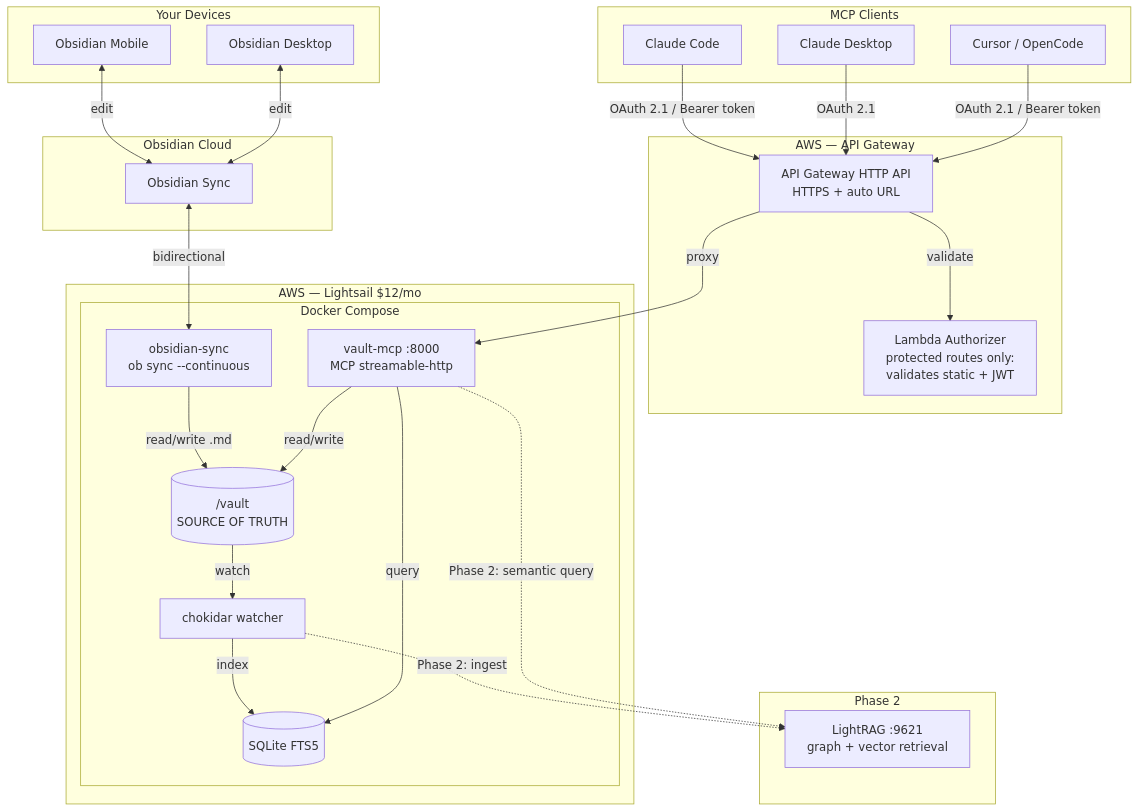
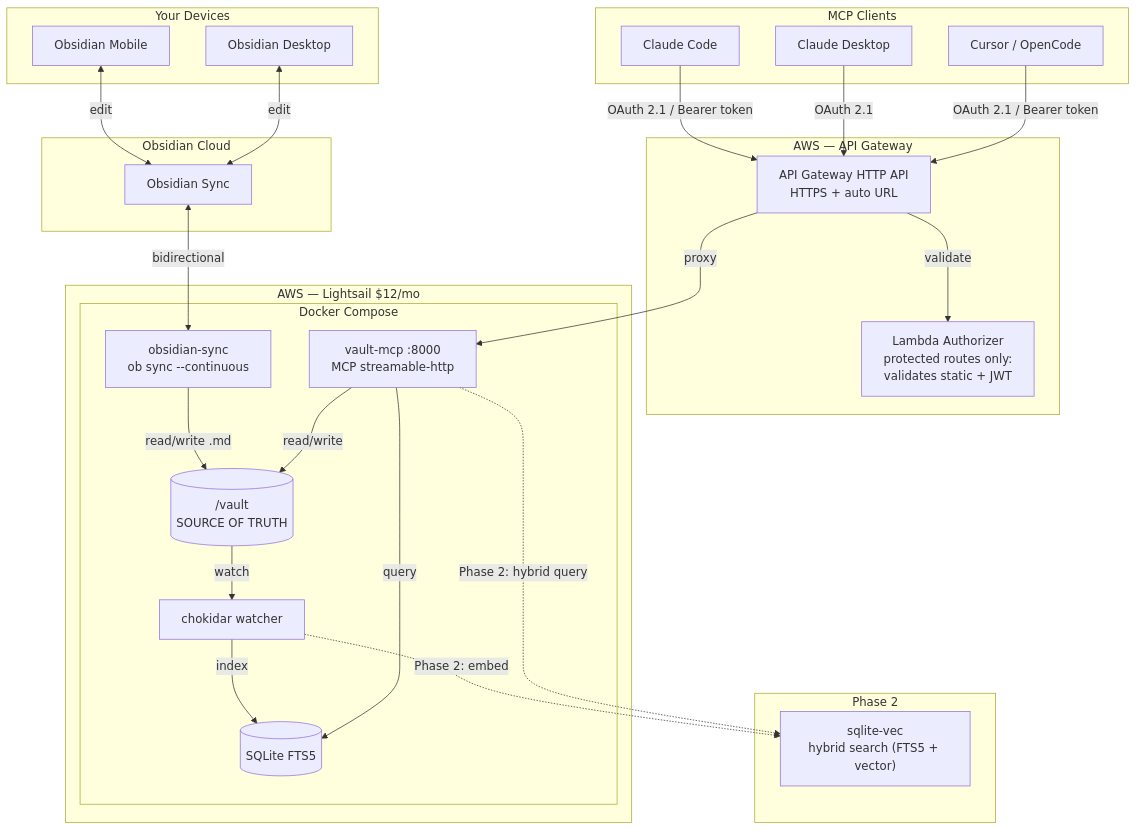
The first of 3 diagrams in ARCHITECTURE.md (aliasunder/vault-cortex), drawn with Mermaid before and after one commit. The commit also changed other lines of this file and 2 other files, not shown here.

````diff
--- a/ARCHITECTURE.md
+++ b/ARCHITECTURE.md
@@ -53,52 +54,52 @@
 ```mermaid
 graph TB
     subgraph devices ["Your Devices"]
         OBS_PHONE["Obsidian Mobile"]
         OBS_LAPTOP["Obsidian Desktop"]
     end
 
     subgraph cloud ["Obsidian Cloud"]
         SYNC["Obsidian Sync"]
     end
 
     subgraph apigw_grp ["AWS — API Gateway"]
         APIGW["API Gateway HTTP API<br/>HTTPS + auto URL"]
         AUTH_FN["Lambda Authorizer<br/>protected routes only:<br/>validates static + JWT"]
         APIGW -->|validate| AUTH_FN
     end
 
     subgraph lightsail ["AWS — Lightsail $12/mo"]
         subgraph compose ["Docker Compose"]
             OB_HEADLESS["obsidian-sync<br/>ob sync --continuous"]
             VAULT_FS[("/vault<br/>SOURCE OF TRUTH")]
             MCP_SERVER["vault-mcp :8000<br/>MCP streamable-http"]
             SQLITE[("SQLite FTS5")]
             WATCHER["chokidar watcher"]
         end
     end
 
     subgraph phase2 ["Phase 2"]
-        LIGHTRAG["LightRAG :9621<br/>graph + vector retrieval"]
+        HYBRID["sqlite-vec<br/>hybrid search (FTS5 + vector)"]
     end
 
     subgraph clients ["MCP Clients"]
         CC["Claude Code"]
         CD["Claude Desktop"]
         CU["Cursor / OpenCode"]
     end
 
     OBS_PHONE <-->|edit| SYNC
     OBS_LAPTOP <-->|edit| SYNC
     SYNC <-->|bidirectional| OB_HEADLESS
     OB_HEADLESS -->|read/write .md| VAULT_FS
     VAULT_FS -->|watch| WATCHER
     WATCHER -->|index| SQLITE
-    WATCHER -.->|Phase 2: ingest| LIGHTRAG
+    WATCHER -.->|Phase 2: embed| HYBRID
     MCP_SERVER -->|read/write| VAULT_FS
     MCP_SERVER -->|query| SQLITE
-    MCP_SERVER -.->|Phase 2: semantic query| LIGHTRAG
+    MCP_SERVER -.->|Phase 2: hybrid query| HYBRID
     CC -->|OAuth 2.1 / Bearer token| APIGW
     CD -->|OAuth 2.1| APIGW
     CU -->|OAuth 2.1 / Bearer token| APIGW
     APIGW -->|proxy| MCP_SERVER
 ```
````
